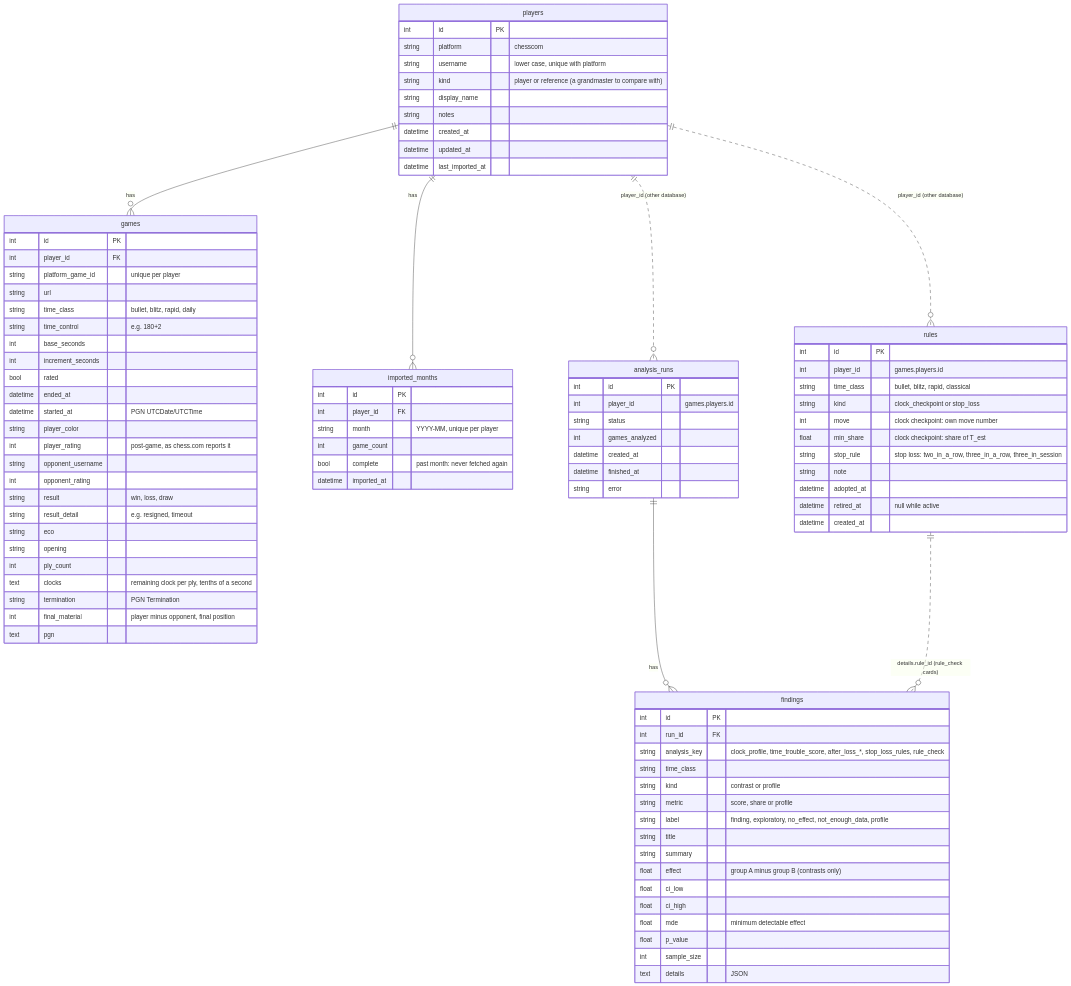
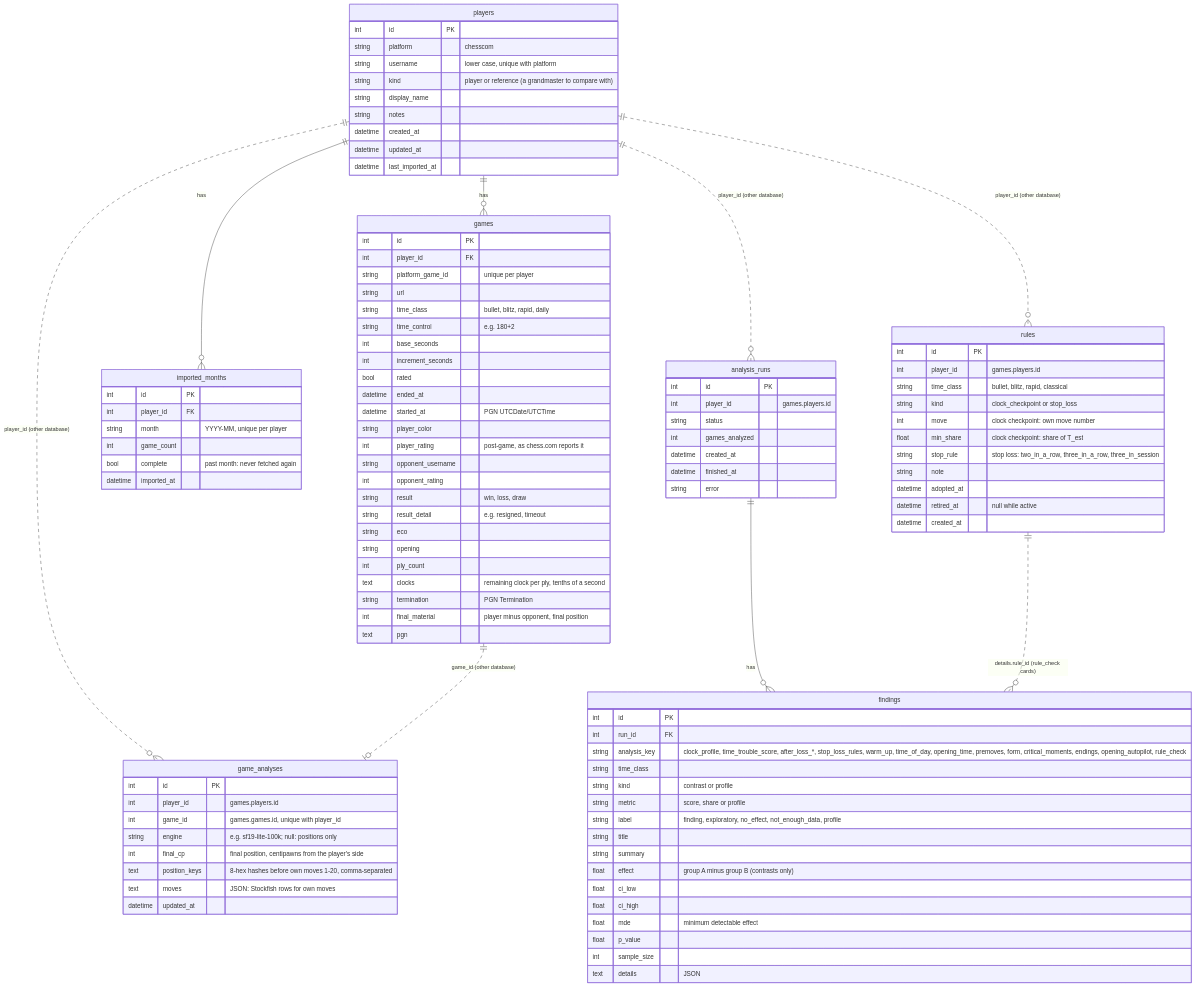
The diagram in docs/data-model.md (christophrrrrr/chess-habits), drawn with Mermaid before and after one commit. The commit also changed other lines of this file and 12 other files, not shown here.

````diff
--- a/docs/data-model.md
+++ b/docs/data-model.md
@@ -15,6 +15,8 @@
     players ||..o{ analysis_runs : "player_id (other database)"
     players ||..o{ rules : "player_id (other database)"
     rules ||..o{ findings : "details.rule_id (rule_check cards)"
+    players ||..o{ game_analyses : "player_id (other database)"
+    games ||..o| game_analyses : "game_id (other database)"
 
     players {
         int id PK
@@ -73,7 +75,7 @@
     findings {
         int id PK
         int run_id FK
-        string analysis_key "clock_profile, time_trouble_score, after_loss_*, stop_loss_rules, rule_check"
+        string analysis_key "clock_profile, time_trouble_score, after_loss_*, stop_loss_rules, warm_up, time_of_day, opening_time, premoves, form, critical_moments, endings, opening_autopilot, rule_check"
         string time_class
         string kind "contrast or profile"
         string metric "score, share or profile"
@@ -101,4 +103,14 @@
         datetime retired_at "null while active"
         datetime created_at
     }
+    game_analyses {
+        int id PK
+        int player_id "games.players.id"
+        int game_id "games.games.id, unique with player_id"
+        string engine "e.g. sf19-lite-100k; null: positions only"
+        int final_cp "final position, centipawns from the player's side"
+        text position_keys "8-hex hashes before own moves 1-20, comma-separated"
+        text moves "JSON: Stockfish rows for own moves"
+        datetime updated_at
+    }
 ```
````
